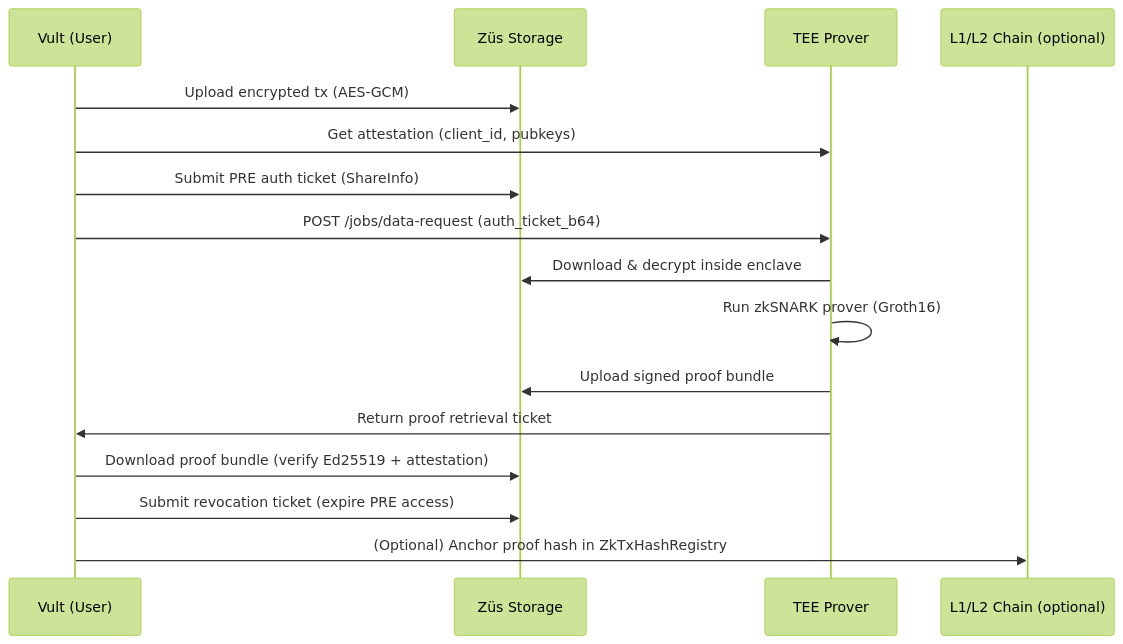
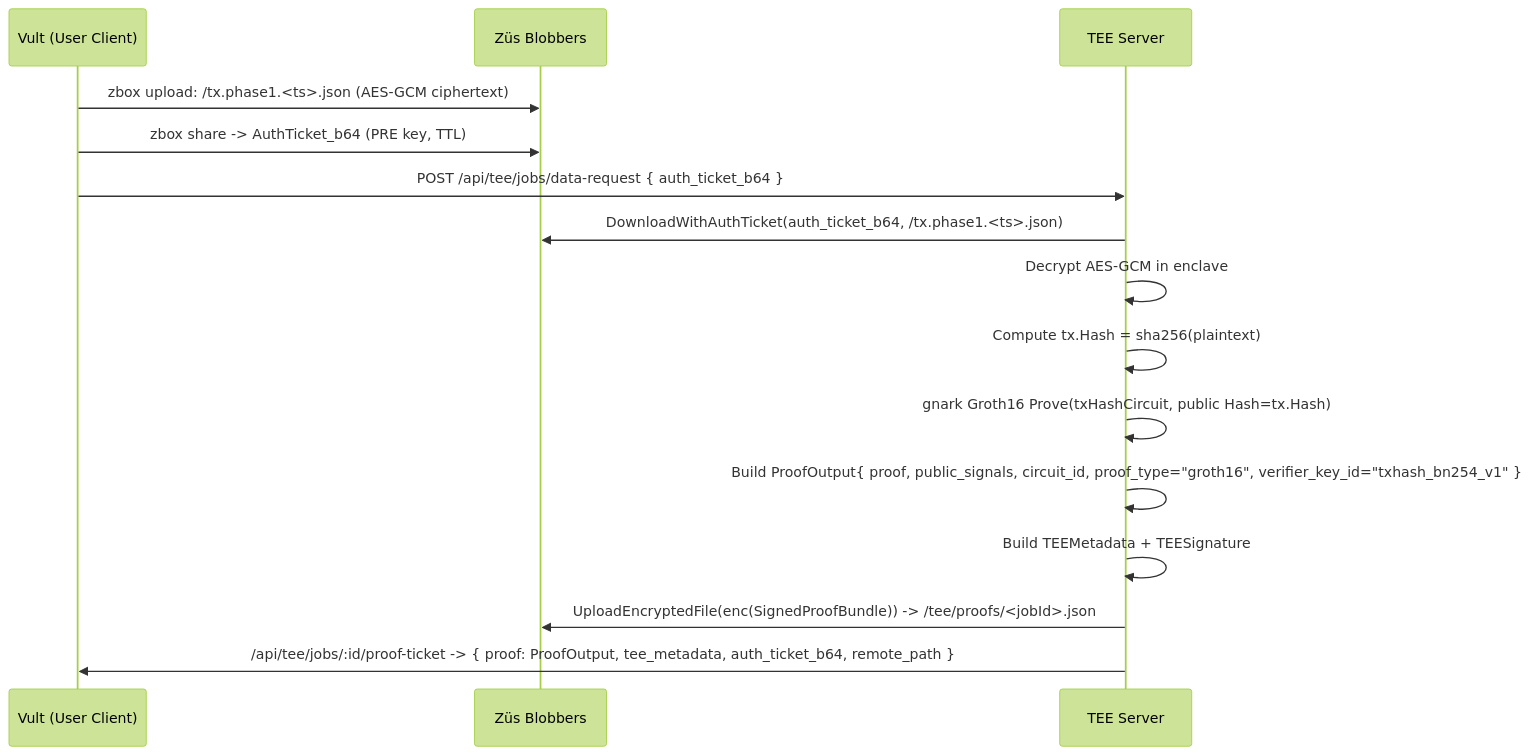
The diagram in ZK_PROVER_VULT_ARCHITECTURE.md (irajgill/ZK-Private-Prover), drawn with Mermaid (forest theme) before and after one commit. The commit also changed other lines of this file, not shown here.

Commit message:
Revise Züs TEE-ZK Prover architectural overview

````diff
--- a/ZK_PROVER_VULT_ARCHITECTURE.md
+++ b/ZK_PROVER_VULT_ARCHITECTURE.md
@@ -44,19 +140,18 @@
 ```mermaid
 sequenceDiagram
-    participant User as Vult (User)
-    participant ZUS as Züs Storage
-    participant TEE as TEE Prover
-    participant L1 as L1/L2 Chain (optional)
+    participant V as Vult (User Client)
+    participant Z as Züs Blobbers
+    participant T as TEE Server
 
-    User->>ZUS: Upload encrypted tx (AES‑GCM)
-    User->>TEE: Get attestation (client_id, pubkeys)
-    User->>ZUS: Submit PRE auth ticket (ShareInfo)
-    User->>TEE: POST /jobs/data-request (auth_ticket_b64)
-    TEE->>ZUS: Download & decrypt inside enclave
-    TEE->>TEE: Run zkSNARK prover (Groth16)
-    TEE->>ZUS: Upload signed proof bundle
-    TEE->>User: Return proof retrieval ticket
-    User->>ZUS: Download proof bundle (verify Ed25519 + attestation)
-    User->>ZUS: Submit revocation ticket (expire PRE access)
-    User->>L1: (Optional) Anchor proof hash in ZkTxHashRegistry
+    V->>Z: zbox upload: /tx.phase1.<ts>.json (AES-GCM ciphertext)
+    V->>Z: zbox share -> AuthTicket_b64 (PRE key, TTL)
+    V->>T: POST /api/tee/jobs/data-request { auth_ticket_b64 }
+    T->>Z: DownloadWithAuthTicket(auth_ticket_b64, /tx.phase1.<ts>.json)
+    T->>T: Decrypt AES-GCM in enclave
+    T->>T: Compute tx.Hash = sha256(plaintext)
+    T->>T: gnark Groth16 Prove(txHashCircuit, public Hash=tx.Hash)
+    T->>T: Build ProofOutput{ proof, public_signals, circuit_id, proof_type="groth16", verifier_key_id="txhash_bn254_v1" }
+    T->>T: Build TEEMetadata + TEESignature
+    T->>Z: UploadEncryptedFile(enc(SignedProofBundle)) -> /tee/proofs/<jobId>.json
+    T->>V: /api/tee/jobs/:id/proof-ticket -> { proof: ProofOutput, tee_metadata, auth_ticket_b64, remote_path }
 ```
````
